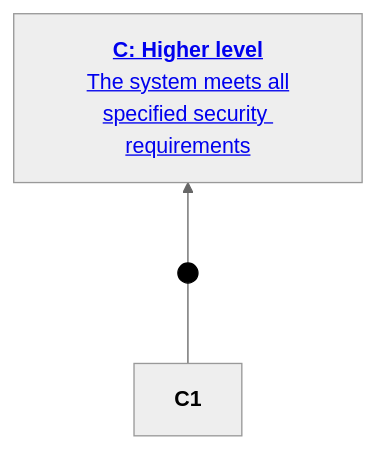
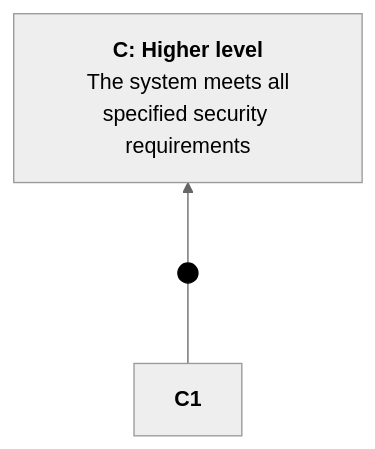
One commit to coreinfrastructure/best-practices-badge changed diagram 23 of 23 in docs/sacm-mermaid.md. Above: the diagram before and after it, drawn with Mermaid.

Commit message:
Update hyperlink test with click

````diff
--- a/docs/sacm-mermaid.md
+++ b/docs/sacm-mermaid.md
@@ -1586,27 +1586,27 @@
 ```mermaid
 ---
 config:
   theme: neutral
   flowchart:
     curve: linear
     htmlLabels: true
     rankSpacing: 60
     nodeSpacing: 45
     padding: 15
 ---
 flowchart BT
     classDef sacmDot fill:#000,stroke:#000
 
     %% --- Top Level Section ---
     %% A fragment URL "#..." does not work, because it's in an iframe
     %% so the relative jump is inside a sandbox dedicated to only the image.
-    C_High["<a href="https://github.com/coreinfrastructure/best-practices-badge/blob/main/docs/sacm-mermaid.md#Introduction"><b>C: Higher level</b><br>The system meets all<br>specified security requirements</a>"]
+    C_High["<b>C: Higher level</b><br>The system meets all<br>specified security requirements"]
+    click C_High "https://github.com/coreinfrastructure/best-practices-badge/blob/main/docs/sacm-mermaid.md#Introduction"
+
     Inf1((" ")):::sacmDot
     C1["<b>C1</b>"]
-
-    %% I doubt this will work
     click C1 "https://github.com/coreinfrastructure/best-practices-badge/blob/main/docs/sacm-mermaid.md#Introduction"
 
     C1 --- Inf1
     Inf1 --> C_High
 ```
````
